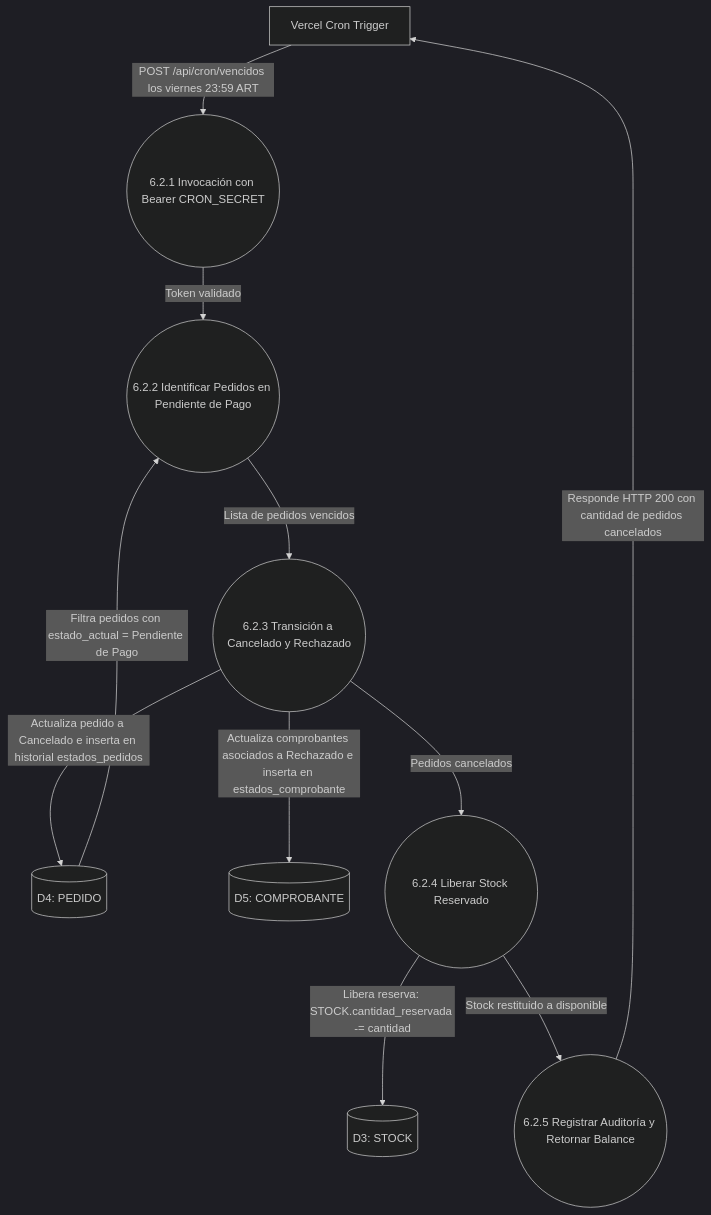
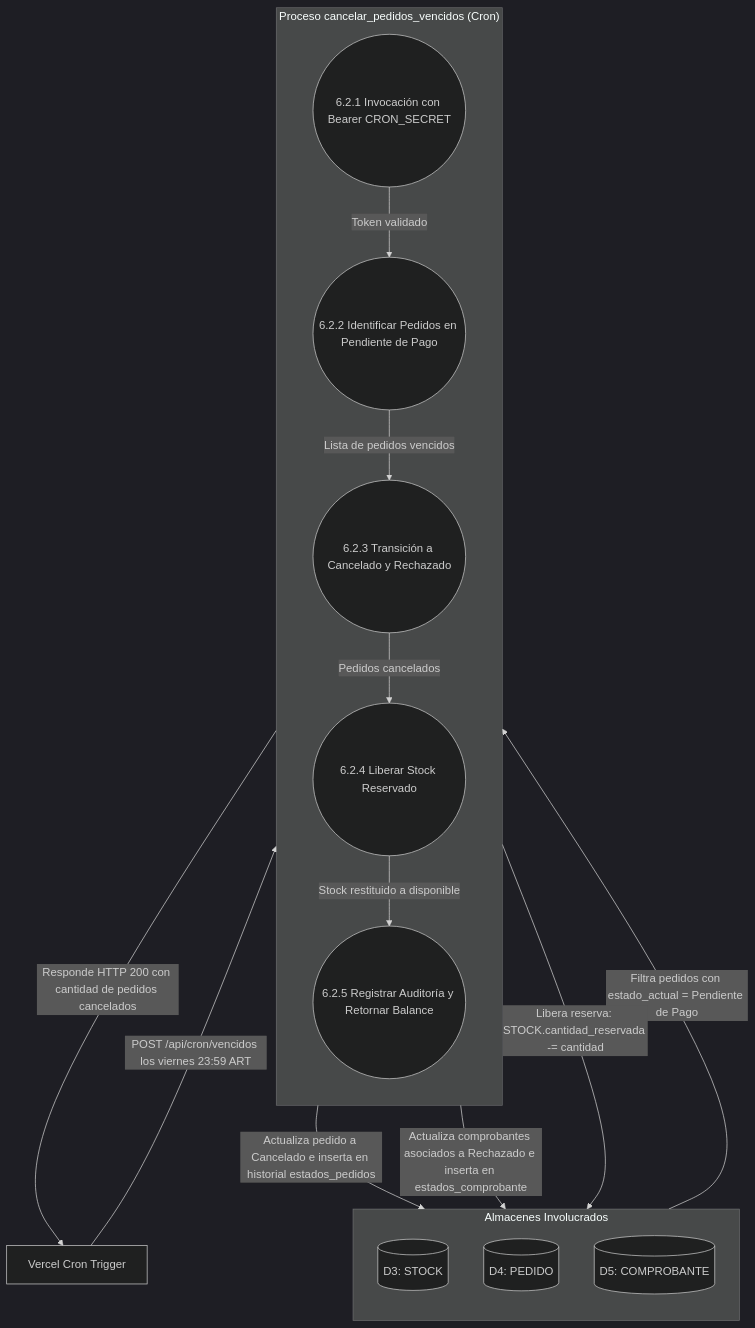
One commit to juanmamerodio/esenciatecnica changed the seventh of 8 diagrams in docs/academico/DFD.md. Above: the diagram before and after it, drawn with Mermaid (dark theme). The commit also changed other lines of this file and 4 other files, not shown here.

````diff
--- a/docs/academico/DFD.md
+++ b/docs/academico/DFD.md
@@ -351,27 +431,36 @@
 ```mermaid
 flowchart TD
     CRON["Vercel Cron Trigger"]
-    D3[("D3: STOCK")]
-    D4[("D4: PEDIDO")]
-    D5[("D5: COMPROBANTE")]
 
-    P621(("6.2.1 Invocación con Bearer CRON_SECRET"))
-    P622(("6.2.2 Identificar Pedidos en Pendiente de Pago"))
-    P623(("6.2.3 Transición a Cancelado y Rechazado"))
-    P624(("6.2.4 Liberar Stock Reservado"))
-    P625(("6.2.5 Registrar Auditoría y Retornar Balance"))
+    %% Almacenes Involucrados
+    subgraph ALMACENES ["Almacenes Involucrados"]
+        direction TB
+        D3[("D3: STOCK")]
+        D4[("D4: PEDIDO")]
+        D5[("D5: COMPROBANTE")]
+    end
+
+    %% Proceso Atómico
+    subgraph TX_CRON ["Proceso cancelar_pedidos_vencidos (Cron)"]
+        direction TB
+        P621(("6.2.1 Invocación con Bearer CRON_SECRET"))
+        P622(("6.2.2 Identificar Pedidos en Pendiente de Pago"))
+        P623(("6.2.3 Transición a Cancelado y Rechazado"))
+        P624(("6.2.4 Liberar Stock Reservado"))
+        P625(("6.2.5 Registrar Auditoría y Retornar Balance"))
+    end
 
     CRON -->|"POST /api/cron/vencidos los viernes 23:59 ART"| P621
     P621 -->|"Token validado"| P622
     D4 -->|"Filtra pedidos con estado_actual = Pendiente de Pago"| P622
 
     P622 -->|"Lista de pedidos vencidos"| P623
     P623 -->|"Actualiza pedido a Cancelado e inserta en historial estados_pedidos"| D4
     P623 -->|"Actualiza comprobantes asociados a Rechazado e inserta en estados_comprobante"| D5
 
     P623 -->|"Pedidos cancelados"| P624
     P624 -->|"Libera reserva: STOCK.cantidad_reservada -= cantidad"| D3
 
     P624 -->|"Stock restituido a disponible"| P625
     P625 -->|"Responde HTTP 200 con cantidad de pedidos cancelados"| CRON
 ```
````
